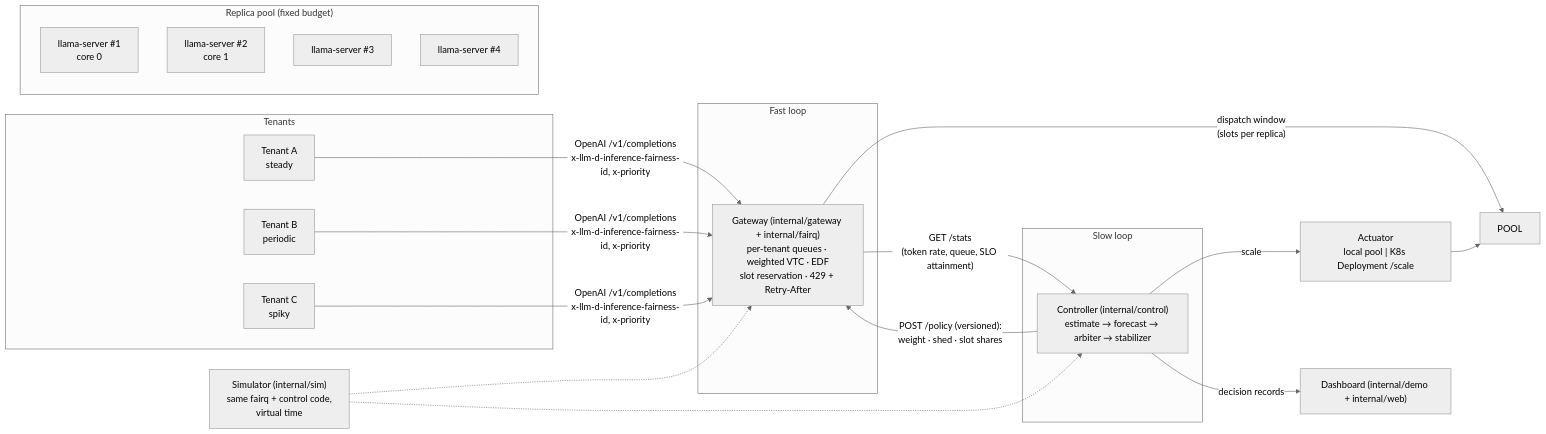
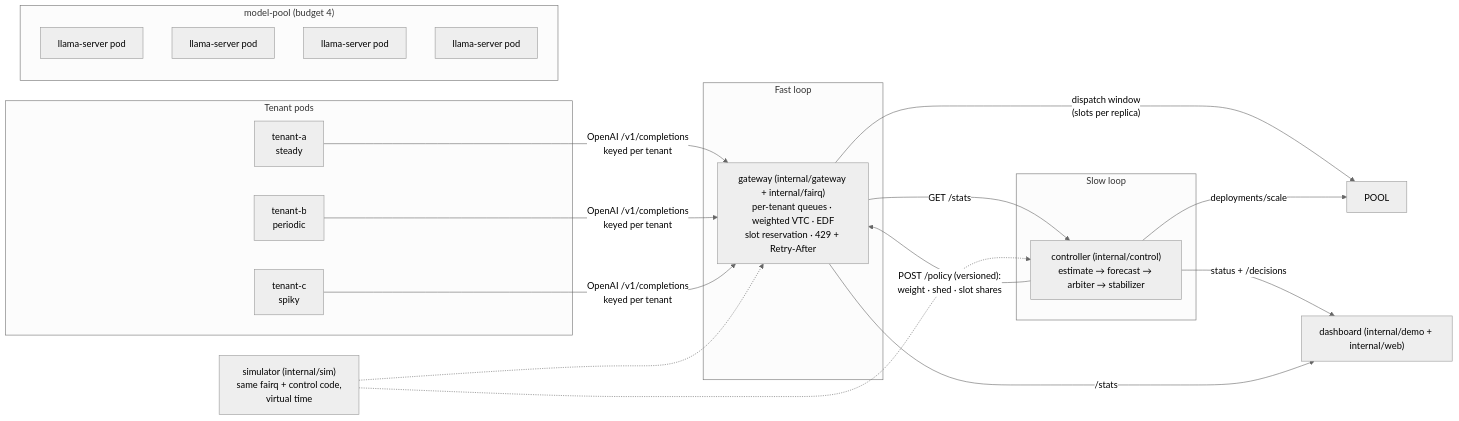
The diagram in README.md (akshatdalakoti-stack/tenantscaler-k8s), drawn with Mermaid (neutral theme) before and after one commit. The commit also changed other lines of this file and 4 other files, not shown here.

````diff
--- a/README.md
+++ b/README.md
@@ -40,29 +95,29 @@
 ```mermaid
 flowchart LR
-    subgraph Tenants
-        A[Tenant A<br/>steady]
-        B[Tenant B<br/>periodic]
-        C[Tenant C<br/>spiky]
+    subgraph Tenants["Tenant pods"]
+        A[tenant-a<br/>steady]
+        B[tenant-b<br/>periodic]
+        C[tenant-c<br/>spiky]
     end
-    A & B & C -- "OpenAI /v1/completions<br/>x-llm-d-inference-fairness-id, x-priority" --> GW
+    A & B & C -- "OpenAI /v1/completions<br/>keyed per tenant" --> GW
     subgraph Fast loop
-        GW["Gateway (internal/gateway + internal/fairq)<br/>per-tenant queues · weighted VTC · EDF<br/>slot reservation · 429 + Retry-After"]
+        GW["gateway (internal/gateway + internal/fairq)<br/>per-tenant queues · weighted VTC · EDF<br/>slot reservation · 429 + Retry-After"]
     end
     GW -- "dispatch window<br/>(slots per replica)" --> POOL
-    subgraph Pool["Replica pool (fixed budget)"]
-        R1[llama-server #1<br/>core 0]
-        R2[llama-server #2<br/>core 1]
-        R3[llama-server #3]
-        R4[llama-server #4]
+    subgraph Pool["model-pool (budget 4)"]
+        R1[llama-server pod]
+        R2[llama-server pod]
+        R3[llama-server pod]
+        R4[llama-server pod]
     end
-    GW -- "GET /stats<br/>(token rate, queue, SLO attainment)" --> CTL
+    GW -- "GET /stats" --> CTL
     subgraph Slow loop
-        CTL["Controller (internal/control)<br/>estimate → forecast → arbiter → stabilizer"]
+        CTL["controller (internal/control)<br/>estimate → forecast → arbiter → stabilizer"]
     end
     CTL -- "POST /policy (versioned):<br/>weight · shed · slot shares" --> GW
-    CTL -- "scale" --> ACT["Actuator<br/>local pool | K8s Deployment /scale"]
-    ACT --> POOL
-    CTL -- "decision records" --> UI["Dashboard (internal/demo + internal/web)"]
-    SIM["Simulator (internal/sim)<br/>same fairq + control code,<br/>virtual time"] -.-> GW
+    CTL -- "deployments/scale" --> POOL
+    CTL -- "status + /decisions" --> UI["dashboard (internal/demo + internal/web)"]
+    GW -- "/stats" --> UI
+    SIM["simulator (internal/sim)<br/>same fairq + control code,<br/>virtual time"] -.-> GW
     SIM -.-> CTL
 ```
````
